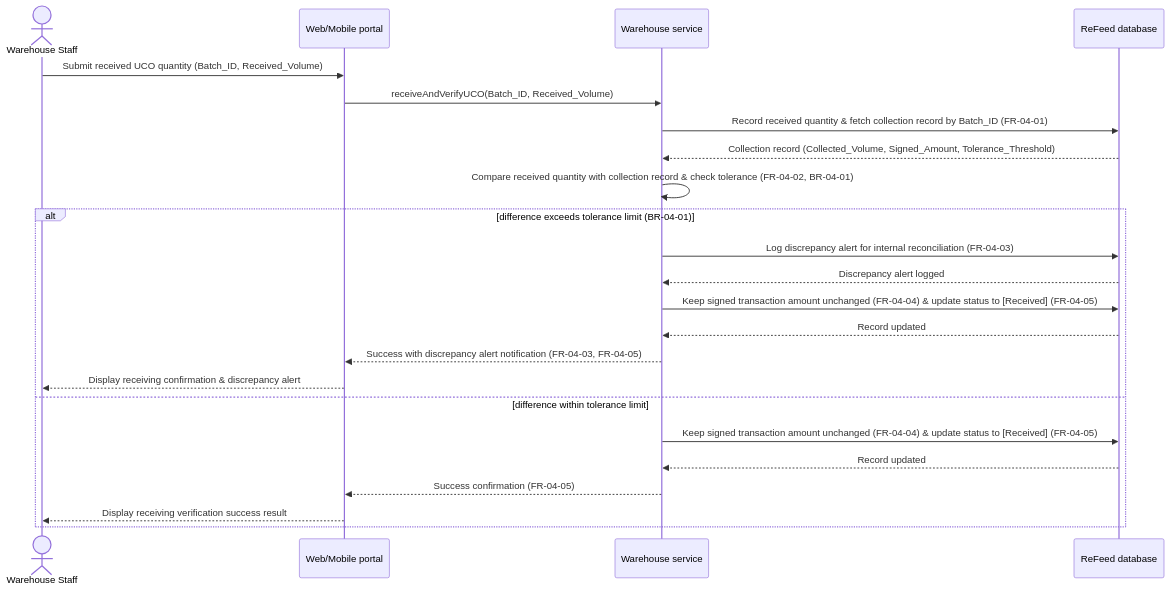
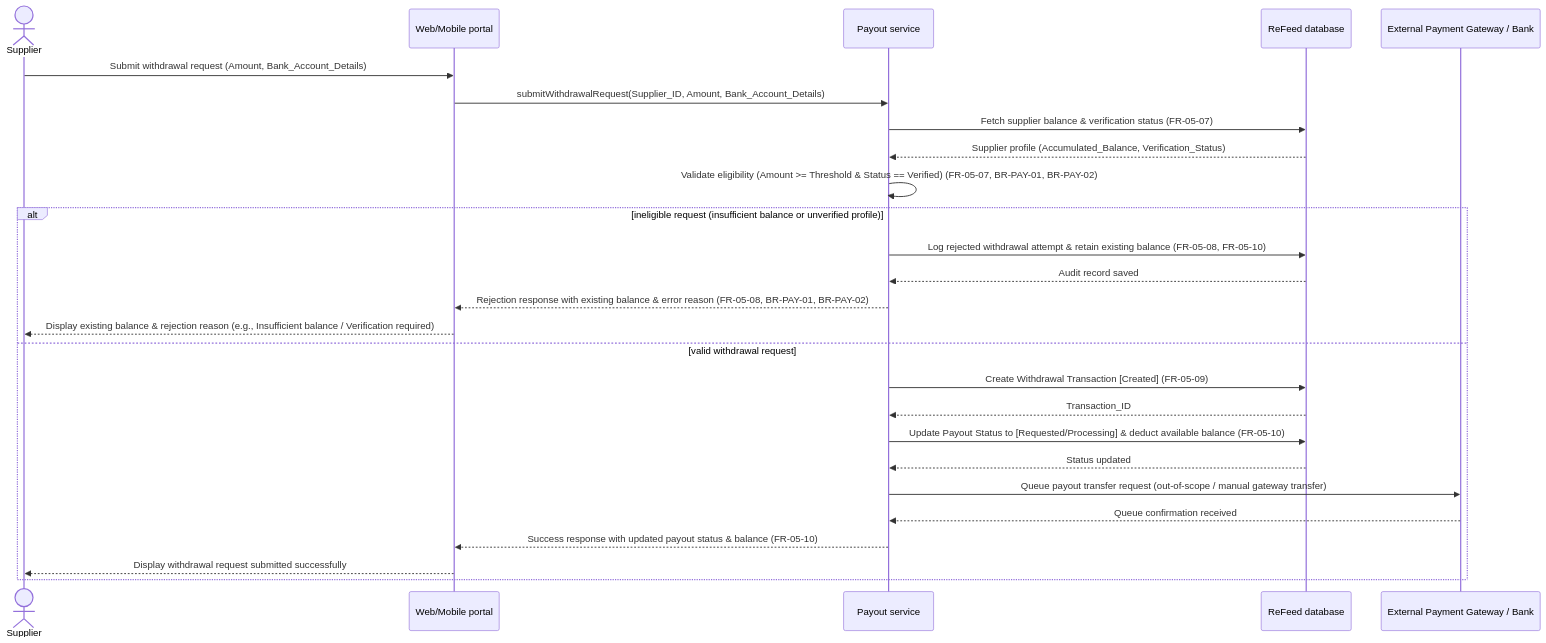
One commit to thuyvicbh-alt/DBIZ2---GROUP-D changed the diagram in docs/use-case/SD-UC-13.md. Above: the diagram before and after it, drawn with Mermaid. The commit also changed other lines of this file, not shown here.

````diff
--- a/docs/use-case/SD-UC-13.md
+++ b/docs/use-case/SD-UC-13.md
@@ -13,28 +13,31 @@
 ```mermaid
 sequenceDiagram
-  actor W as Warehouse Staff
+  actor S as Supplier
   participant P as Web/Mobile portal
-  participant WService as Warehouse service
+  participant PService as Payout service
   participant D as ReFeed database
+  participant G as External Payment Gateway / Bank
 
-  W->>P: Submit received UCO quantity (Batch_ID, Received_Volume)
-  P->>WService: receiveAndVerifyUCO(Batch_ID, Received_Volume)
-  WService->>D: Record received quantity & fetch collection record by Batch_ID (FR-04-01)
-  D-->>WService: Collection record (Collected_Volume, Signed_Amount, Tolerance_Threshold)
-  
-  WService->>WService: Compare received quantity with collection record & check tolerance (FR-04-02, BR-04-01)
+  S->>P: Submit withdrawal request (Amount, Bank_Account_Details)
+  P->>PService: submitWithdrawalRequest(Supplier_ID, Amount, Bank_Account_Details)
+  PService->>D: Fetch supplier balance & verification status (FR-05-07)
+  D-->>PService: Supplier profile (Accumulated_Balance, Verification_Status)
 
-  alt difference exceeds tolerance limit (BR-04-01)
-    WService->>D: Log discrepancy alert for internal reconciliation (FR-04-03)
-    D-->>WService: Discrepancy alert logged
-    WService->>D: Keep signed transaction amount unchanged (FR-04-04) & update status to [Received] (FR-04-05)
-    D-->>WService: Record updated
-    WService-->>P: Success with discrepancy alert notification (FR-04-03, FR-04-05)
-    P-->>W: Display receiving confirmation & discrepancy alert
-  else difference within tolerance limit
-    WService->>D: Keep signed transaction amount unchanged (FR-04-04) & update status to [Received] (FR-04-05)
-    D-->>WService: Record updated
-    WService-->>P: Success confirmation (FR-04-05)
-    P-->>W: Display receiving verification success result
+  PService->>PService: Validate eligibility (Amount >= Threshold & Status == Verified) (FR-05-07, BR-PAY-01, BR-PAY-02)
+
+  alt ineligible request (insufficient balance or unverified profile)
+    PService->>D: Log rejected withdrawal attempt & retain existing balance (FR-05-08, FR-05-10)
+    D-->>PService: Audit record saved
+    PService-->>P: Rejection response with existing balance & error reason (FR-05-08, BR-PAY-01, BR-PAY-02)
+    P-->>S: Display existing balance & rejection reason (e.g., Insufficient balance / Verification required)
+  else valid withdrawal request
+    PService->>D: Create Withdrawal Transaction [Created] (FR-05-09)
+    D-->>PService: Transaction_ID
+    PService->>D: Update Payout Status to [Requested/Processing] & deduct available balance (FR-05-10)
+    D-->>PService: Status updated
+    PService->>G: Queue payout transfer request (out-of-scope / manual gateway transfer)
+    G-->>PService: Queue confirmation received
+    PService-->>P: Success response with updated payout status & balance (FR-05-10)
+    P-->>S: Display withdrawal request submitted successfully
   end
 ```
````
